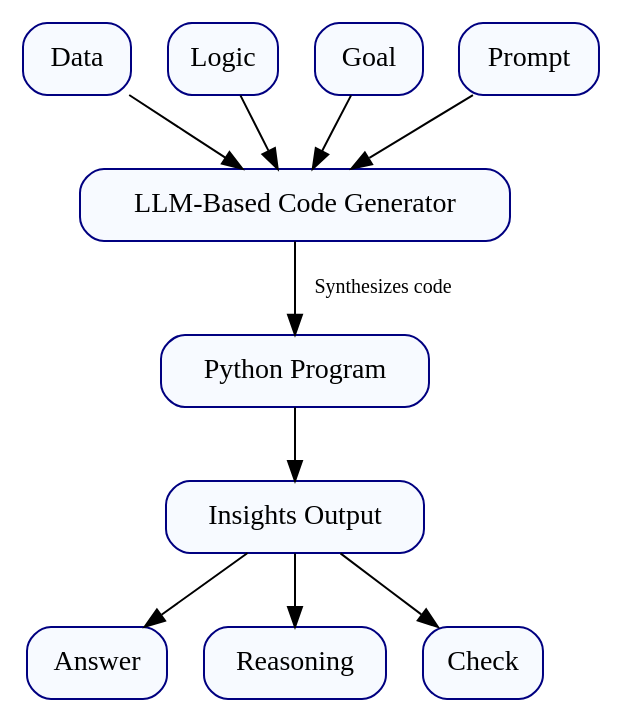
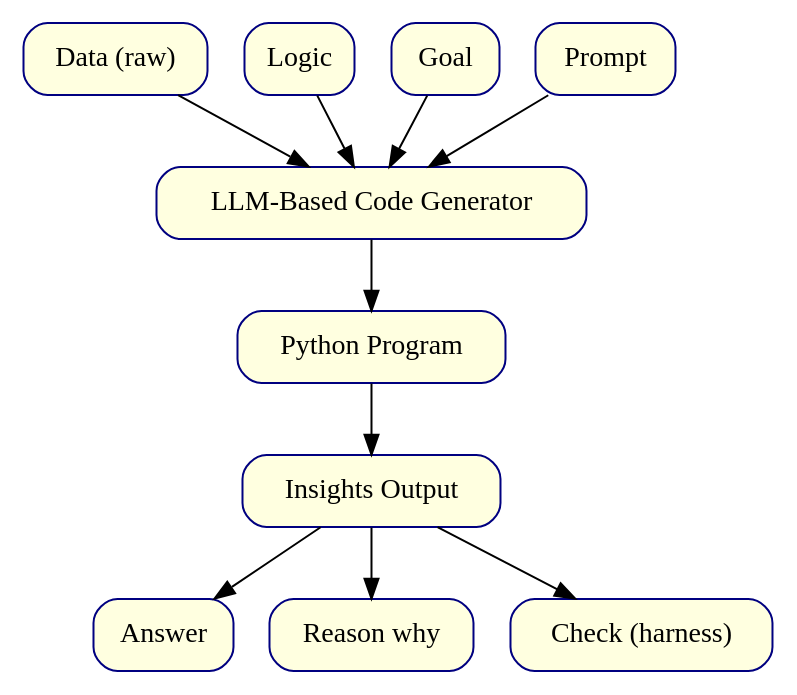
The diagram in teaching/images/EYE-teaching.dot (eyereasoner/eye), drawn with Graphviz before and after one commit. The commit also changed 1 other file, not shown here.

```diff
--- a/teaching/images/EYE-teaching.dot
+++ b/teaching/images/EYE-teaching.dot
@@ -1,22 +1,22 @@
 digraph {
 	bgcolor=white fontname=Helvetica rankdir=TB
-	Data [label=Data color=navy fillcolor="#F7FAFF" shape=box style="rounded,filled"]
-	Logic [label=Logic color=navy fillcolor="#F7FAFF" shape=box style="rounded,filled"]
-	Goal [label=Goal color=navy fillcolor="#F7FAFF" shape=box style="rounded,filled"]
-	Prompt [label=Prompt color=navy fillcolor="#F7FAFF" shape=box style="rounded,filled"]
-	LLM [label="LLM-Based Code Generator" color=navy fillcolor="#F7FAFF" shape=box style="rounded,filled"]
-	PythonProgram [label="Python Program" color=navy fillcolor="#F7FAFF" shape=box style="rounded,filled"]
-	Insights [label="Insights Output" color=navy fillcolor="#F7FAFF" shape=box style="rounded,filled"]
-	Answer [label=Answer color=navy fillcolor="#F7FAFF" shape=box style="rounded,filled"]
+	Data [label="Data (raw)" color=navy fillcolor="#FFFFE0" shape=box style="rounded,filled"]
+	Logic [label=Logic color=navy fillcolor="#FFFFE0" shape=box style="rounded,filled"]
+	Goal [label=Goal color=navy fillcolor="#FFFFE0" shape=box style="rounded,filled"]
+	Prompt [label=Prompt color=navy fillcolor="#FFFFE0" shape=box style="rounded,filled"]
+	LLM [label="LLM-Based Code Generator" color=navy fillcolor="#FFFFE0" shape=box style="rounded,filled"]
+	PythonProgram [label="Python Program" color=navy fillcolor="#FFFFE0" shape=box style="rounded,filled"]
+	Insights [label="Insights Output" color=navy fillcolor="#FFFFE0" shape=box style="rounded,filled"]
+	Answer [label=Answer color=navy fillcolor="#FFFFE0" shape=box style="rounded,filled"]
 	Insights -> Answer
-	Reasoning [label=Reasoning color=navy fillcolor="#F7FAFF" shape=box style="rounded,filled"]
+	Reasoning [label="Reason why" color=navy fillcolor="#FFFFE0" shape=box style="rounded,filled"]
 	Insights -> Reasoning
-	Check [label=Check color=navy fillcolor="#F7FAFF" shape=box style="rounded,filled"]
+	Check [label="Check (harness)" color=navy fillcolor="#FFFFE0" shape=box style="rounded,filled"]
 	Insights -> Check
 	Data -> LLM
 	Logic -> LLM
 	Goal -> LLM
 	Prompt -> LLM
-	LLM -> PythonProgram [label="Synthesizes code" fontsize=10]
+	LLM -> PythonProgram
 	PythonProgram -> Insights
 }
```
